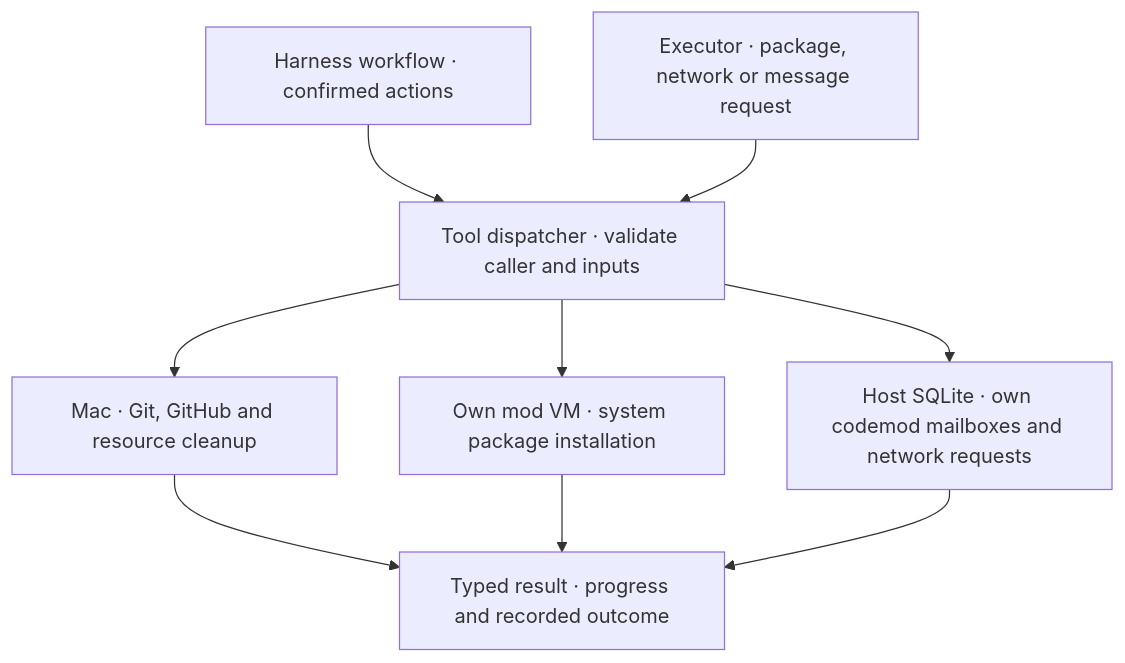
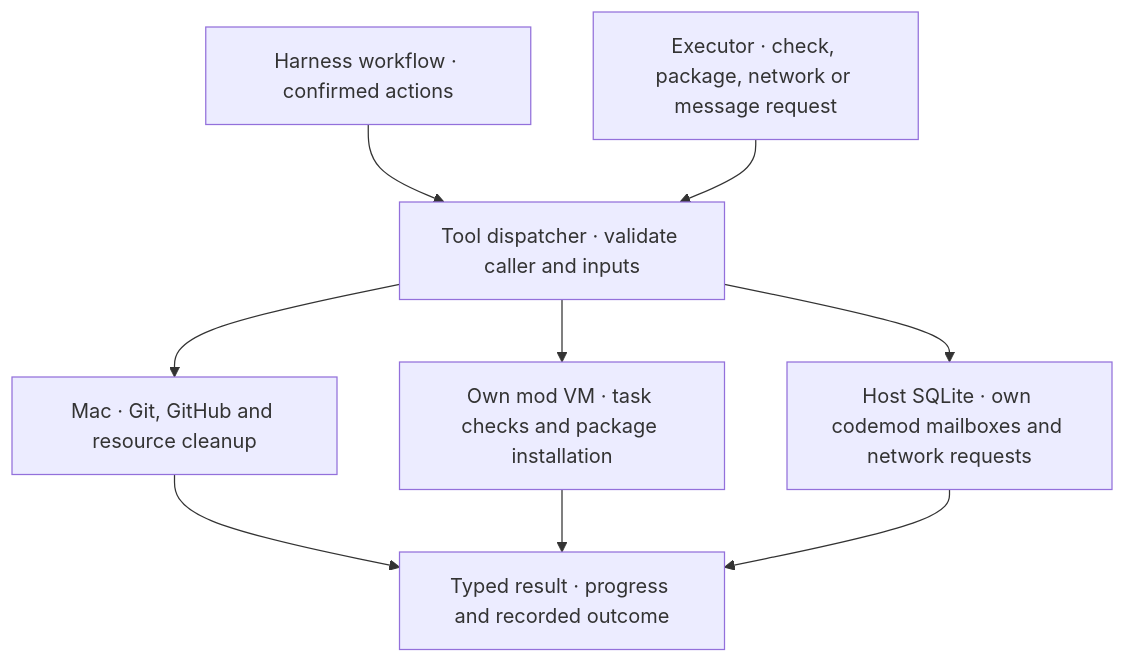
The diagram in docs/tools.md (minimumeffort-dev/sprowt.harness), drawn with Mermaid before and after one commit. The commit also changed other lines of this file and 13 other files, not shown here.

````diff
--- a/docs/tools.md
+++ b/docs/tools.md
@@ -5,11 +5,11 @@
 ```mermaid
 flowchart TB
     workflow["Harness workflow · confirmed actions"] --> dispatcher["Tool dispatcher · validate caller and inputs"]
-    agent["Executor · package, network or message request"] --> dispatcher
+    agent["Executor · check, package, network or message request"] --> dispatcher
     dispatcher --> host["Mac · Git, GitHub and resource cleanup"]
-    dispatcher --> vm["Own mod VM · system package installation"]
+    dispatcher --> vm["Own mod VM · task checks and package installation"]
     dispatcher --> mailbox["Host SQLite · own codemod mailboxes and network requests"]
     host --> result["Typed result · progress and recorded outcome"]
     vm --> result
     mailbox --> result
 ```
````
